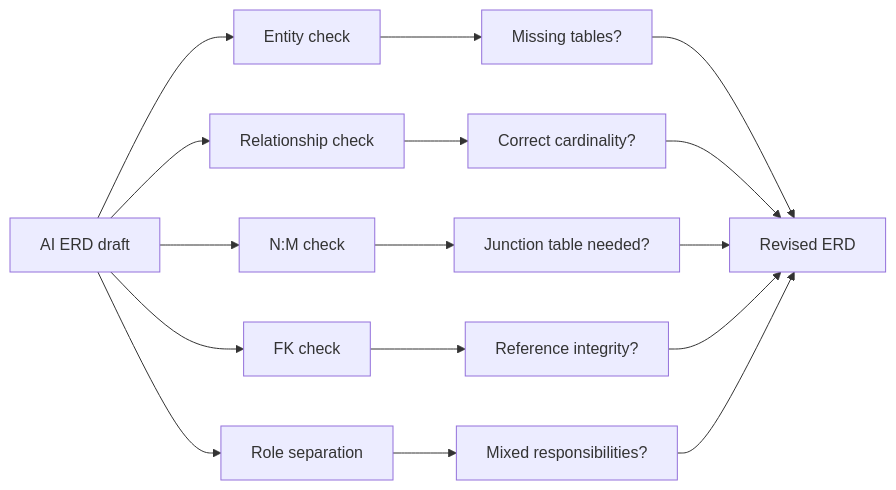
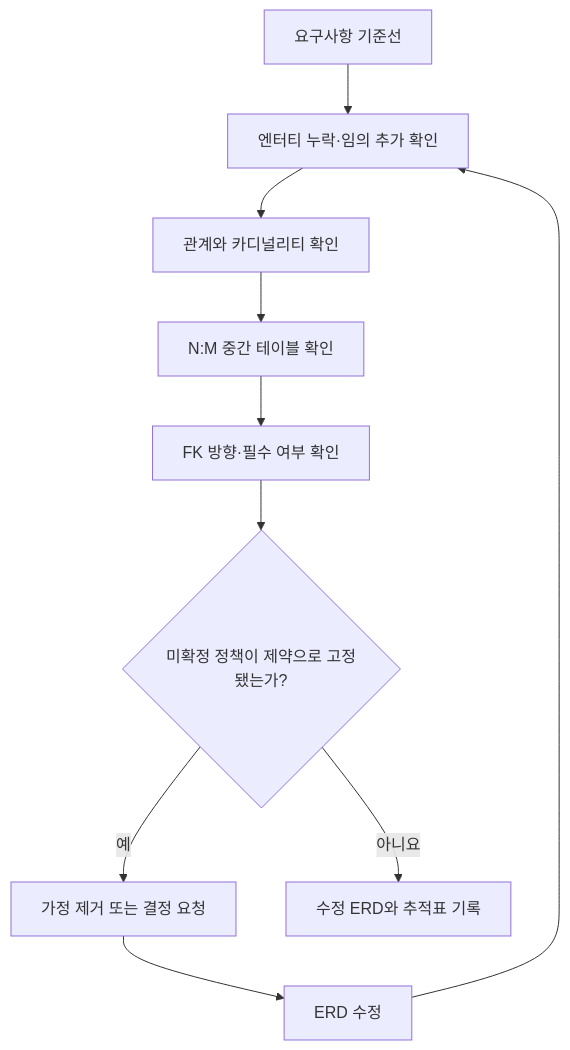
Before and after one commit to GilbertMoon/ai-database-book: the diagram in images/chapter13/ch13_04_erd_review_checkpoints.mmd, drawn with Mermaid.

Commit message:
Revise Chapter 13 ERD review Mermaid

```diff
--- a/images/chapter13/ch13_04_erd_review_checkpoints.mmd
+++ b/images/chapter13/ch13_04_erd_review_checkpoints.mmd
@@ -1,18 +1,10 @@
-flowchart LR
-    A[AI ERD draft] --> B[Entity check]
-    A --> C[Relationship check]
-    A --> D[N:M check]
-    A --> E[FK check]
-    A --> F[Role separation]
-
-    B --> B1[Missing tables?]
-    C --> C1[Correct cardinality?]
-    D --> D1[Junction table needed?]
-    E --> E1[Reference integrity?]
-    F --> F1[Mixed responsibilities?]
-
-    B1 --> G[Revised ERD]
-    C1 --> G
-    D1 --> G
-    E1 --> G
-    F1 --> G
+flowchart TB
+    A[요구사항 기준선] --> B[엔터티 누락·임의 추가 확인]
+    B --> C[관계와 카디널리티 확인]
+    C --> D[N:M 중간 테이블 확인]
+    D --> E[FK 방향·필수 여부 확인]
+    E --> F{미확정 정책이 제약으로 고정됐는가?}
+    F -- 예 --> G[가정 제거 또는 결정 요청]
+    G --> H[ERD 수정]
+    H --> B
+    F -- 아니요 --> I[수정 ERD와 추적표 기록]
```
